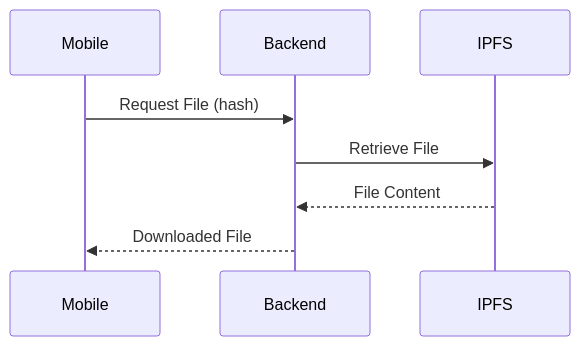
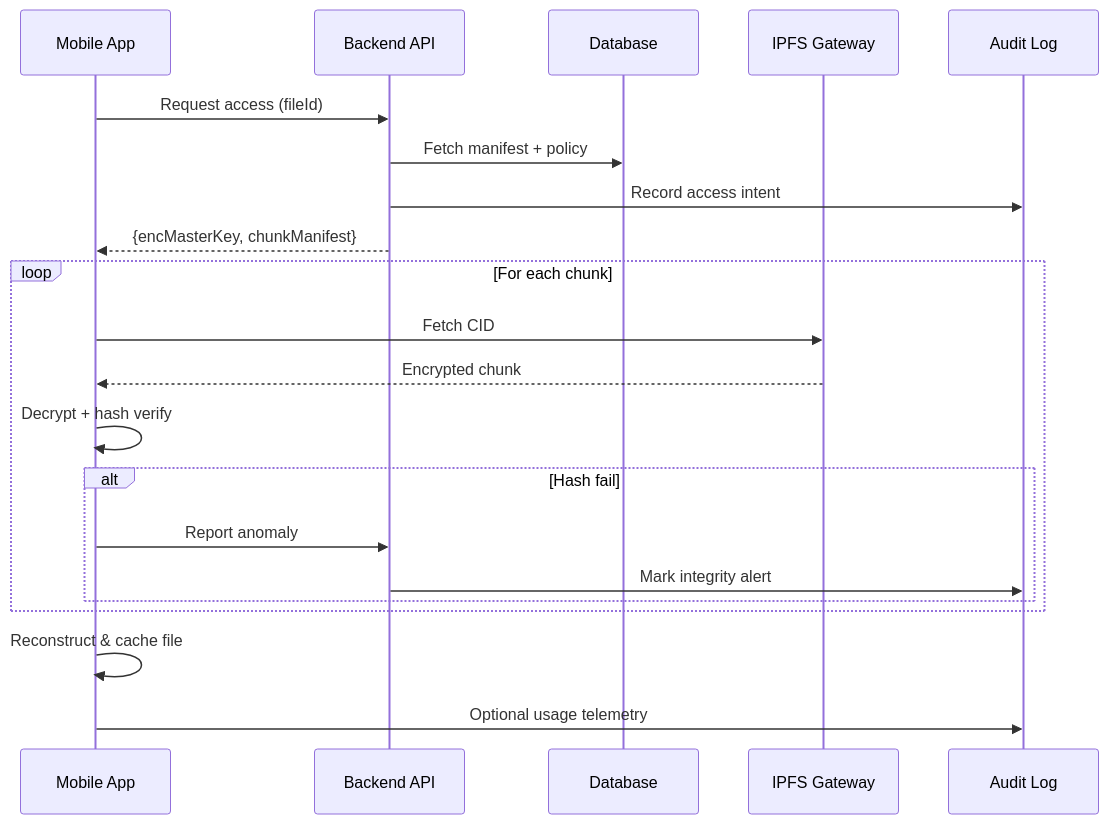
The fourth of 27 diagrams in SYSTEM_ARCHITECTURE.md (nguyenphuc22/ipfs-sandbox), drawn with Mermaid before and after one commit. The commit also changed other lines of this file and 2 other files, not shown here.

Commit message:
Enhance download flow in New_Thesis.md with demo-ready phases; implement access negotiation, key orchestration, chunk retrieval with integrity checks, and user experience improvements. Update SYSTEM_ARCHITECTURE.md to reflect new download process and UI components.

````diff
--- a/SYSTEM_ARCHITECTURE.md
+++ b/SYSTEM_ARCHITECTURE.md
@@ -126,11 +126,24 @@
 ```mermaid
 sequenceDiagram
-    participant M as Mobile
-    participant B as Backend
-    participant I as IPFS
-    
-    M->>B: Request File (hash)
-    B->>I: Retrieve File
-    I-->>B: File Content
-    B-->>M: Downloaded File
+    participant M as Mobile App
+    participant B as Backend API
+    participant D as Database
+    participant I as IPFS Gateway
+    participant L as Audit Log
+
+    M->>B: Request access (fileId)
+    B->>D: Fetch manifest + policy
+    B->>L: Record access intent
+    B-->>M: {encMasterKey, chunkManifest}
+    loop For each chunk
+        M->>I: Fetch CID
+        I-->>M: Encrypted chunk
+        M->>M: Decrypt + hash verify
+        alt Hash fail
+            M->>B: Report anomaly
+            B->>L: Mark integrity alert
+        end
+    end
+    M->>M: Reconstruct & cache file
+    M->>L: Optional usage telemetry
 ```
````
